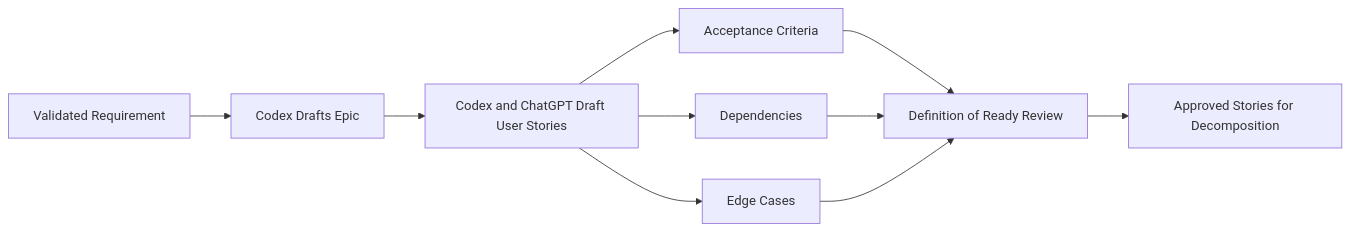
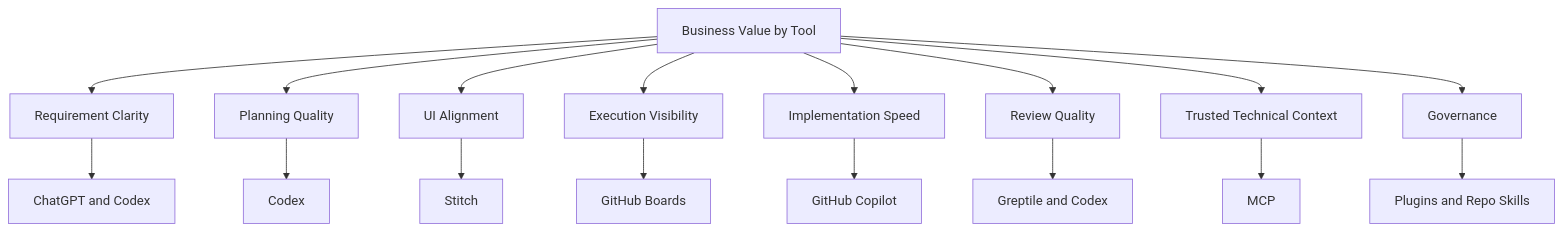
The sixth of 18 diagrams in creolytix-ai-delivery-model.md (refat-asadullah-creolytix-dev/refat-asadullah-creolytix-dev), drawn with Mermaid before and after one commit. The commit also changed other lines of this file, not shown here.

````diff
--- a/creolytix-ai-delivery-model.md
+++ b/creolytix-ai-delivery-model.md
@@ -304,12 +227,20 @@
 ```mermaid
-flowchart LR
-    A[Validated Requirement] --> B[Codex Drafts Epic]
-    B --> C[Codex and ChatGPT Draft User Stories]
-    C --> D[Acceptance Criteria]
-    C --> E[Dependencies]
-    C --> F[Edge Cases]
-    D --> G[Definition of Ready Review]
-    E --> G
-    F --> G
-    G --> H[Approved Stories for Decomposition]
+flowchart TB
+    A[Business Value by Tool] --> B[Requirement Clarity]
+    A --> C[Planning Quality]
+    A --> D[UI Alignment]
+    A --> E[Execution Visibility]
+    A --> F[Implementation Speed]
+    A --> G[Review Quality]
+    A --> H[Trusted Technical Context]
+    A --> I[Governance]
+
+    B --> B1[ChatGPT and Codex]
+    C --> C1[Codex]
+    D --> D1[Stitch]
+    E --> E1[GitHub Boards]
+    F --> F1[GitHub Copilot]
+    G --> G1[Greptile and Codex]
+    H --> H1[MCP]
+    I --> I1[Plugins and Repo Skills]
 ```
````
